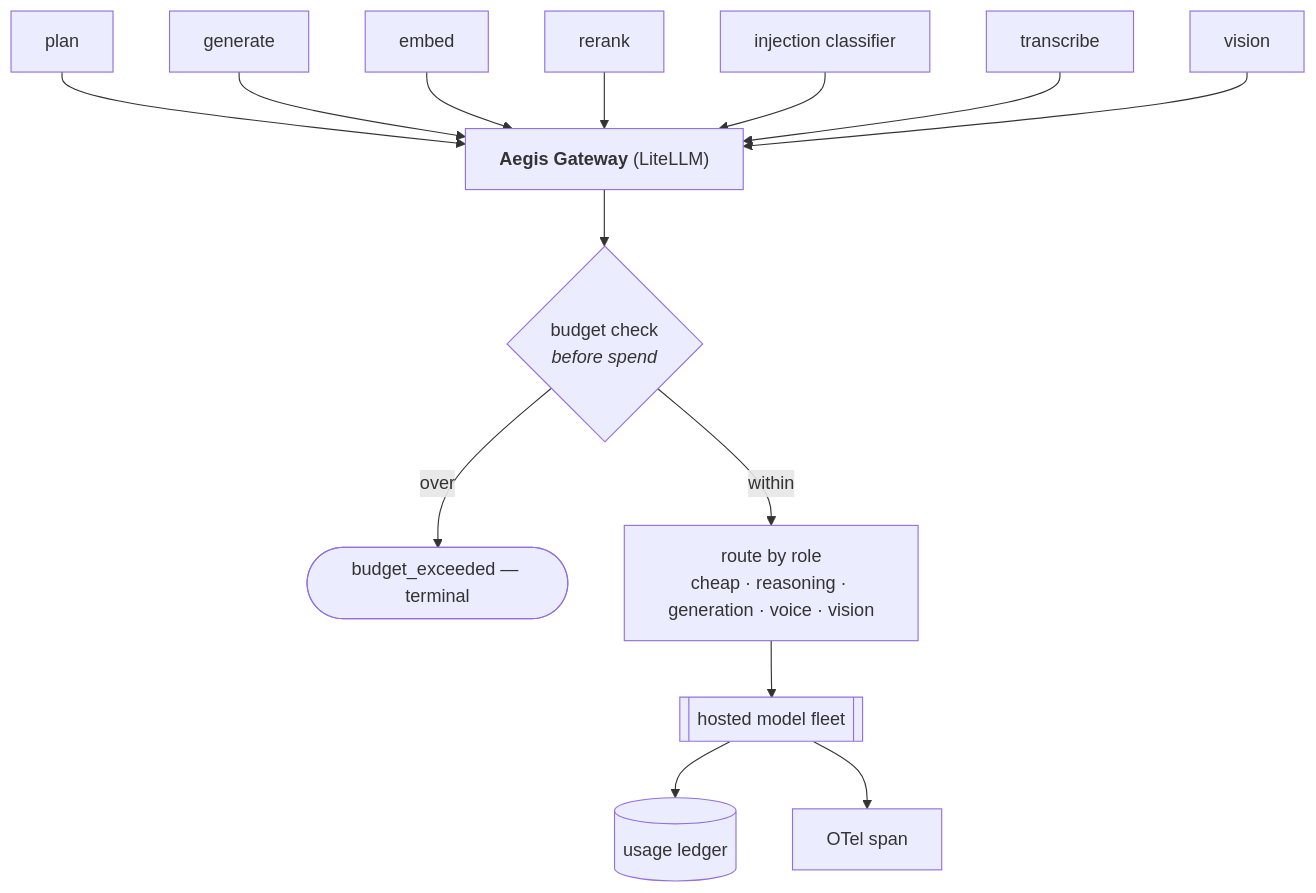
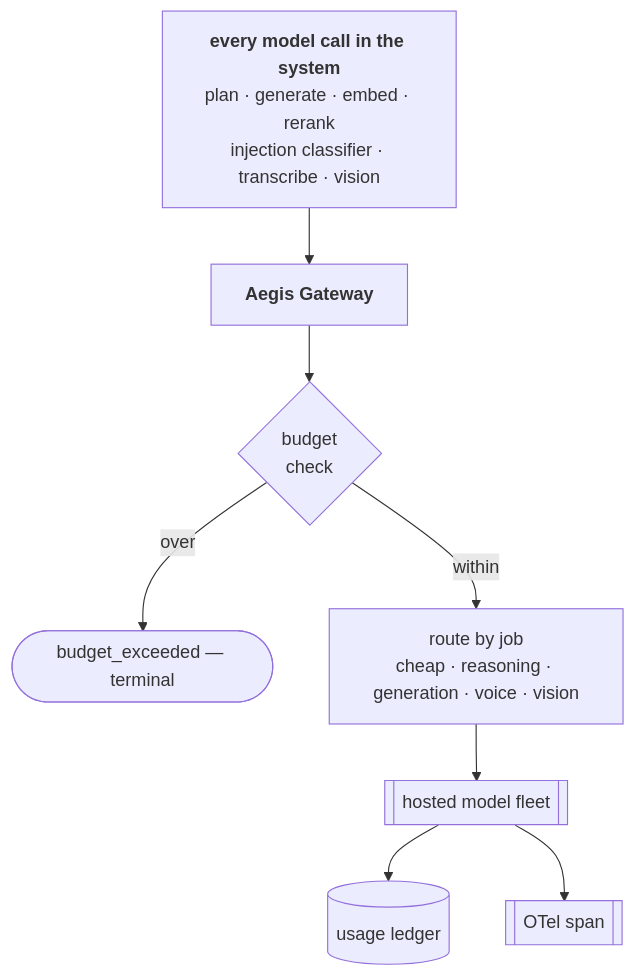
One commit to yrevash/aegis changed the fifth of 5 diagrams in docs/teaching/00-foundations/40-diagrams.md. Above: the diagram before and after it, drawn with Mermaid. The commit also changed other lines of this file and 111 other files, not shown here.

````diff
--- a/docs/teaching/00-foundations/40-diagrams.md
+++ b/docs/teaching/00-foundations/40-diagrams.md
@@ -155,17 +175,11 @@
 ```mermaid
 flowchart TB
-    C1[plan] --> GW
-    C2[generate] --> GW
-    C3[embed] --> GW
-    C4[rerank] --> GW
-    C5[injection classifier] --> GW
-    C6[transcribe] --> GW
-    C7[vision] --> GW
-
-    GW["<b>Aegis Gateway</b> (LiteLLM)"] --> BUD{"budget check<br/><i>before spend</i>"}
+    CALLERS["<b>every model call in the system</b><br/>plan · generate · embed · rerank<br/>injection classifier · transcribe · vision"]
+    CALLERS --> GW["<b>Aegis Gateway</b>"]
+    GW --> BUD{"budget<br/>check"}
     BUD -->|over| REJ([budget_exceeded — terminal])
-    BUD -->|within| RTE["route by role<br/>cheap · reasoning · generation · voice · vision"]
-    RTE --> FLEET[[hosted model fleet]]
+    BUD -->|within| RTE["route by job<br/>cheap · reasoning · generation · voice · vision"]
+    RTE --> FLEET[["hosted model fleet"]]
     FLEET --> LED[(usage ledger)]
-    FLEET --> SPAN[OTel span]
+    FLEET --> SPAN[["OTel span"]]
 ```
````
